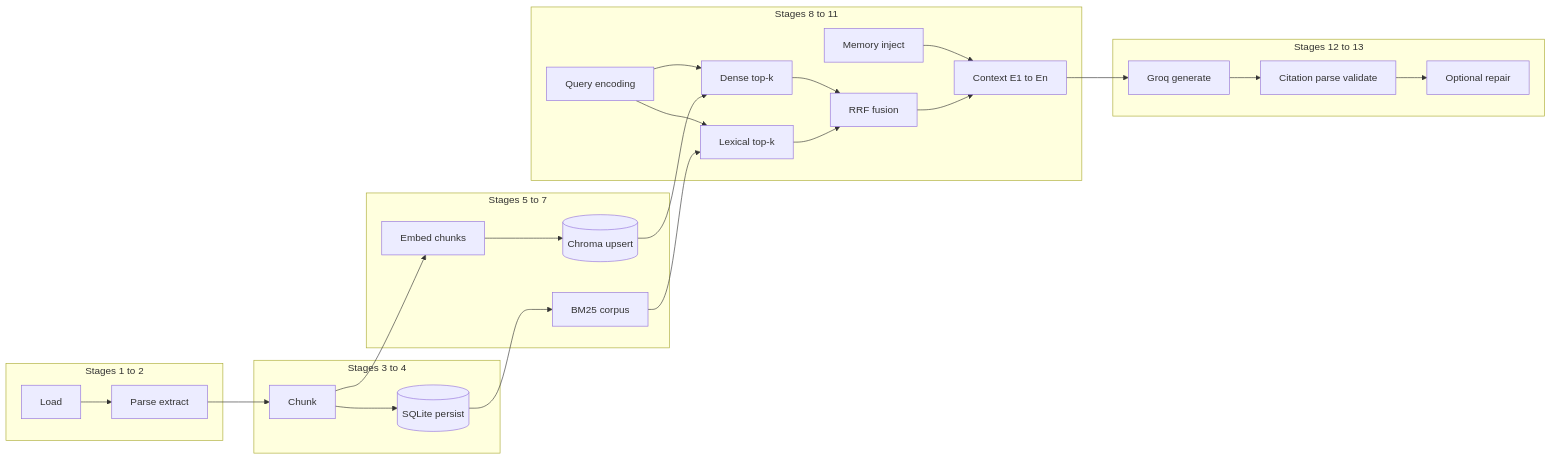
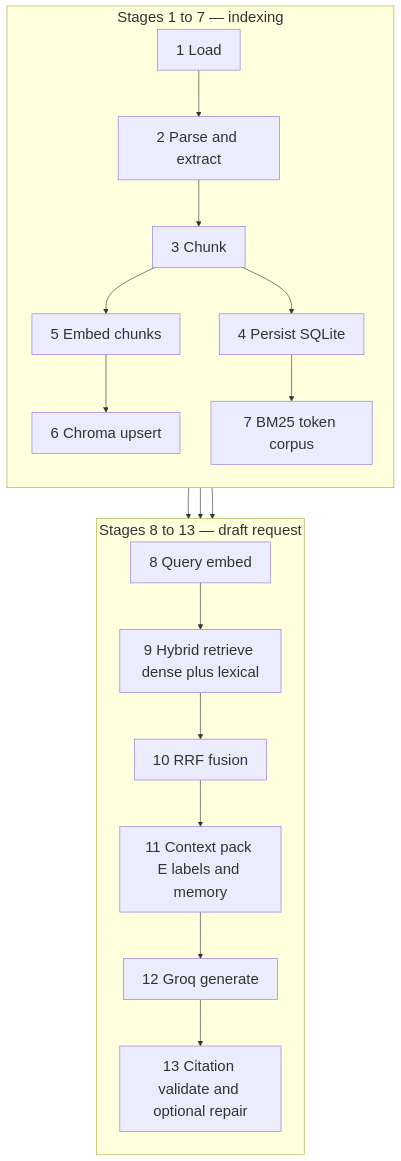
One commit to Kabbya04/Gravitas changed the diagram in docs/diagrams/rag-pipeline.mmd. Above: the diagram before and after it, drawn with Mermaid. The commit also changed 21 other files, not shown here.

```diff
--- a/docs/diagrams/rag-pipeline.mmd
+++ b/docs/diagrams/rag-pipeline.mmd
@@ -1,44 +1,28 @@
-flowchart LR
-  subgraph ragLoad [Stages 1 to 2]
-    S1[Load]
-    S2[Parse extract]
+%%{init: {'themeVariables': {'fontSize': '24px', 'fontFamily': 'ui-sans-serif, system-ui, sans-serif'}}}%%
+flowchart TB
+  subgraph idx [Stages 1 to 7 — indexing]
+    direction TB
+    S1[1 Load]
+    S2[2 Parse and extract]
+    S3[3 Chunk]
+    S4[4 Persist SQLite]
+    S5[5 Embed chunks]
+    S6[6 Chroma upsert]
+    S7[7 BM25 token corpus]
+    S1 --> S2 --> S3 --> S4
+    S3 --> S5 --> S6
+    S4 --> S7
   end
-  subgraph ragChunk [Stages 3 to 4]
-    S3[Chunk]
-    S4[(SQLite persist)]
+  subgraph run [Stages 8 to 13 — draft request]
+    direction TB
+    S8[8 Query embed]
+    S9[9 Hybrid retrieve dense plus lexical]
+    S10[10 RRF fusion]
+    S11[11 Context pack E labels and memory]
+    S12[12 Groq generate]
+    S13[13 Citation validate and optional repair]
+    S8 --> S9 --> S10 --> S11 --> S12 --> S13
   end
-  subgraph ragIndex [Stages 5 to 7]
-    S5[Embed chunks]
-    S6[(Chroma upsert)]
-    S7[BM25 corpus]
-  end
-  subgraph ragRetrieve [Stages 8 to 11]
-    S8[Query encoding]
-    S9[Dense top-k]
-    S10[Lexical top-k]
-    S11[RRF fusion]
-    S12[Context E1 to En]
-    S13[Memory inject]
-  end
-  subgraph ragGen [Stages 12 to 13]
-    S14[Groq generate]
-    S15[Citation parse validate]
-    S16[Optional repair]
-  end
-  S1 --> S2
-  S2 --> S3
-  S3 --> S4
-  S3 --> S5
-  S5 --> S6
-  S4 --> S7
-  S8 --> S9
-  S8 --> S10
+  S4 --> S8
   S6 --> S9
-  S7 --> S10
-  S9 --> S11
-  S10 --> S11
-  S13 --> S12
-  S11 --> S12
-  S12 --> S14
-  S14 --> S15
-  S15 --> S16
+  S7 --> S9
```
